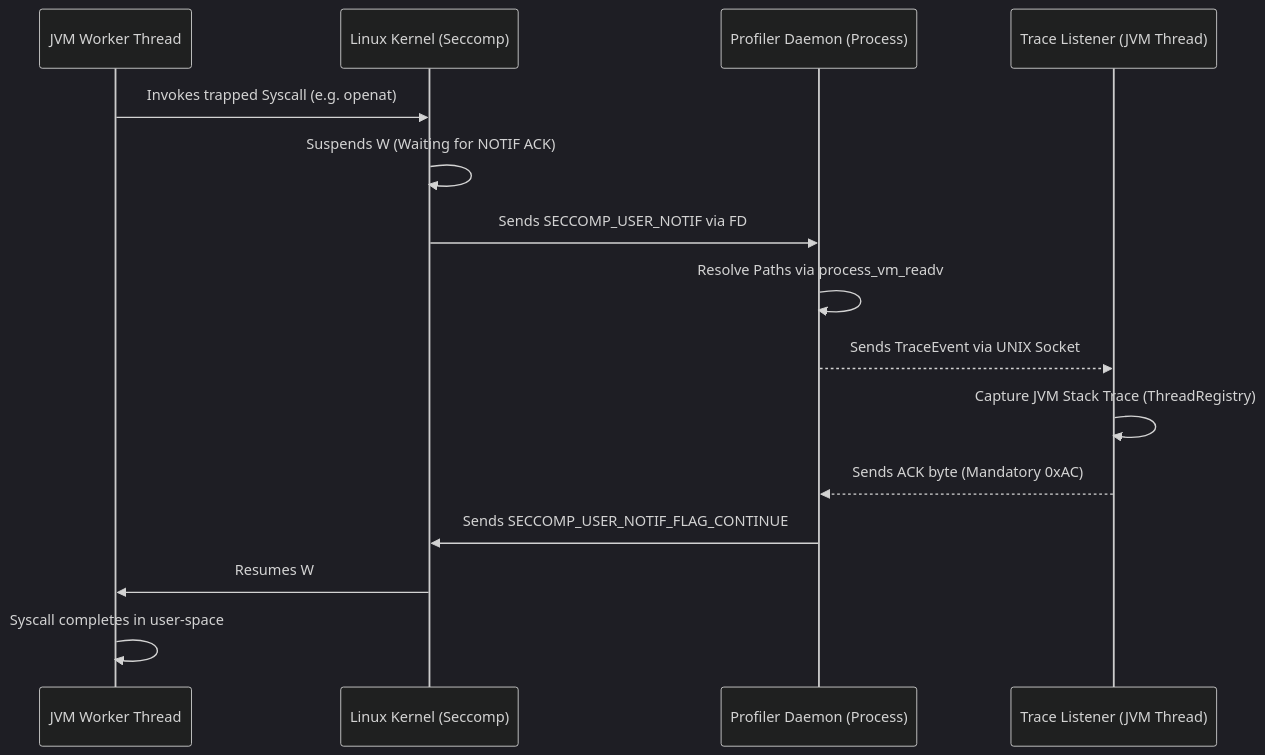
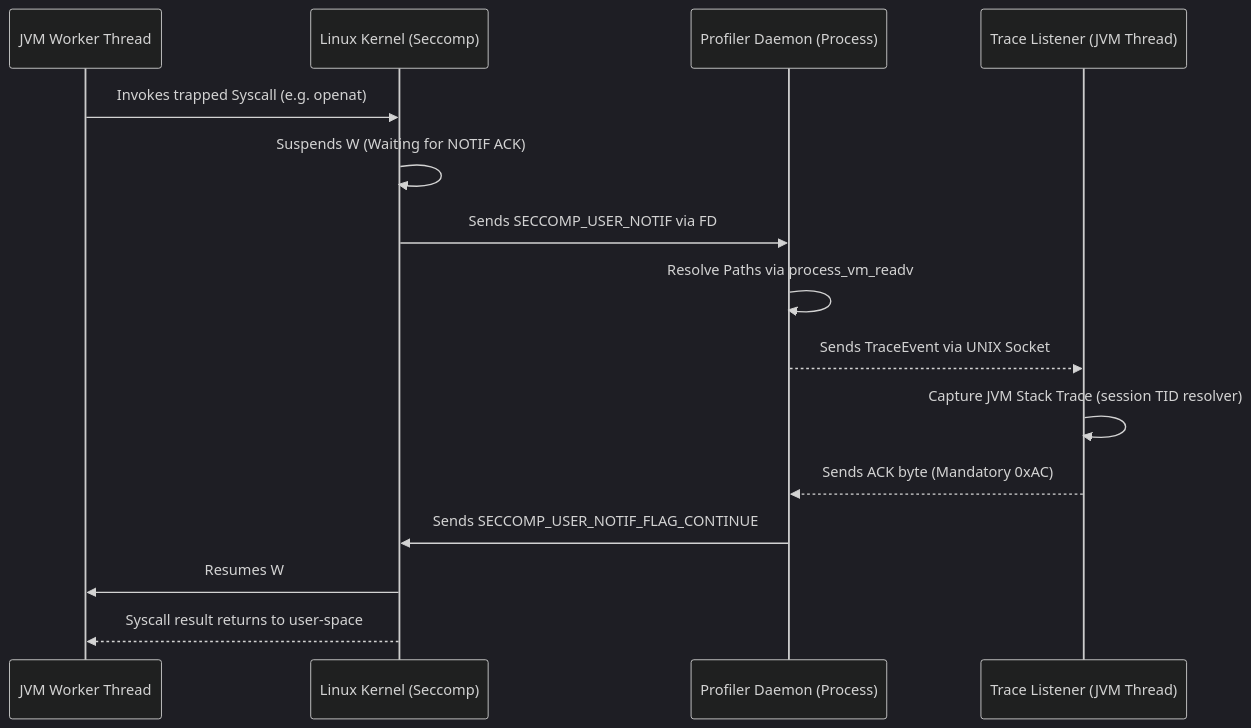
The first of 2 diagrams in docs/internals/designs/core/architectural-map.md (Pilleo/mazewall), drawn with Mermaid (dark theme) before and after one commit. The commit also changed other lines of this file and 9 other files, not shown here.

Commit message:
docs: complete final architecture hardening

````diff
--- a/docs/internals/designs/core/architectural-map.md
+++ b/docs/internals/designs/core/architectural-map.md
@@ -20,18 +24,18 @@
 ```mermaid
 sequenceDiagram
     participant W as JVM Worker Thread
     participant K as Linux Kernel (Seccomp)
     participant D as Profiler Daemon (Process)
     participant L as Trace Listener (JVM Thread)
 
     W->>K: Invokes trapped Syscall (e.g. openat)
     K->>K: Suspends W (Waiting for NOTIF ACK)
     K->>D: Sends SECCOMP_USER_NOTIF via FD
     D->>D: Resolve Paths via process_vm_readv
     D-->>L: Sends TraceEvent via UNIX Socket
-    L->>L: Capture JVM Stack Trace (ThreadRegistry)
+    L->>L: Capture JVM Stack Trace (session TID resolver)
     L-->>D: Sends ACK byte (Mandatory 0xAC)
     D->>K: Sends SECCOMP_USER_NOTIF_FLAG_CONTINUE
     K->>W: Resumes W
-    W->>W: Syscall completes in user-space
+    K-->>W: Syscall result returns to user-space
 ```
````
